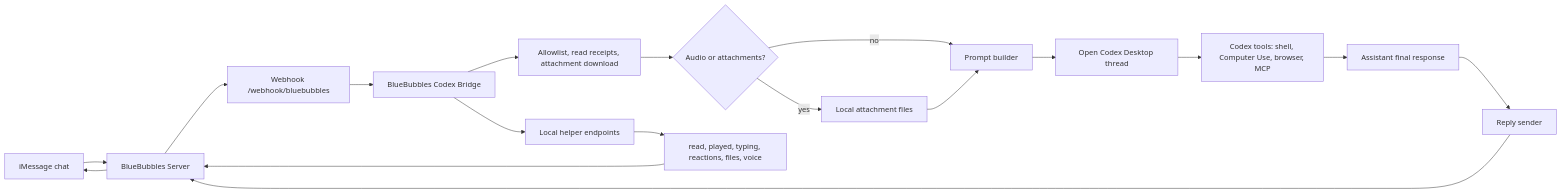
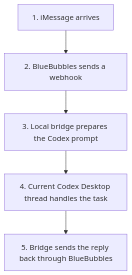
One commit to hyungchulc/bluebubbles-codex-bridge changed the diagram in README.md. Above: the diagram before and after it, drawn with Mermaid.

Commit message:
Simplify README flow diagram

````diff
--- a/README.md
+++ b/README.md
@@ -21,23 +21,10 @@
 ```mermaid
-flowchart LR
-  phone["iMessage chat"] --> bluebubbles["BlueBubbles Server"]
-  bluebubbles --> webhook["Webhook /webhook/bluebubbles"]
-  webhook --> bridge["BlueBubbles Codex Bridge"]
+flowchart TB
+  imessage["1. iMessage arrives"]
+  bluebubbles["2. BlueBubbles sends a webhook"]
+  bridge["3. Local bridge prepares the Codex prompt"]
+  codex["4. Current Codex Desktop thread handles the task"]
+  reply["5. Bridge sends the reply back through BlueBubbles"]
 
-  bridge --> guard["Allowlist, read receipts, attachment download"]
-  guard --> media{"Audio or attachments?"}
-  media -->|yes| localFiles["Local attachment files"]
-  media -->|no| prompt["Prompt builder"]
-  localFiles --> prompt
-
-  prompt --> codex["Open Codex Desktop thread"]
-  codex --> tools["Codex tools: shell, Computer Use, browser, MCP"]
-  tools --> final["Assistant final response"]
-  final --> sender["Reply sender"]
-  sender --> bluebubbles
-  bluebubbles --> phone
-
-  bridge --> helper["Local helper endpoints"]
-  helper --> receipts["read, played, typing, reactions, files, voice"]
-  receipts --> bluebubbles
+  imessage --> bluebubbles --> bridge --> codex --> reply
 ```
````
